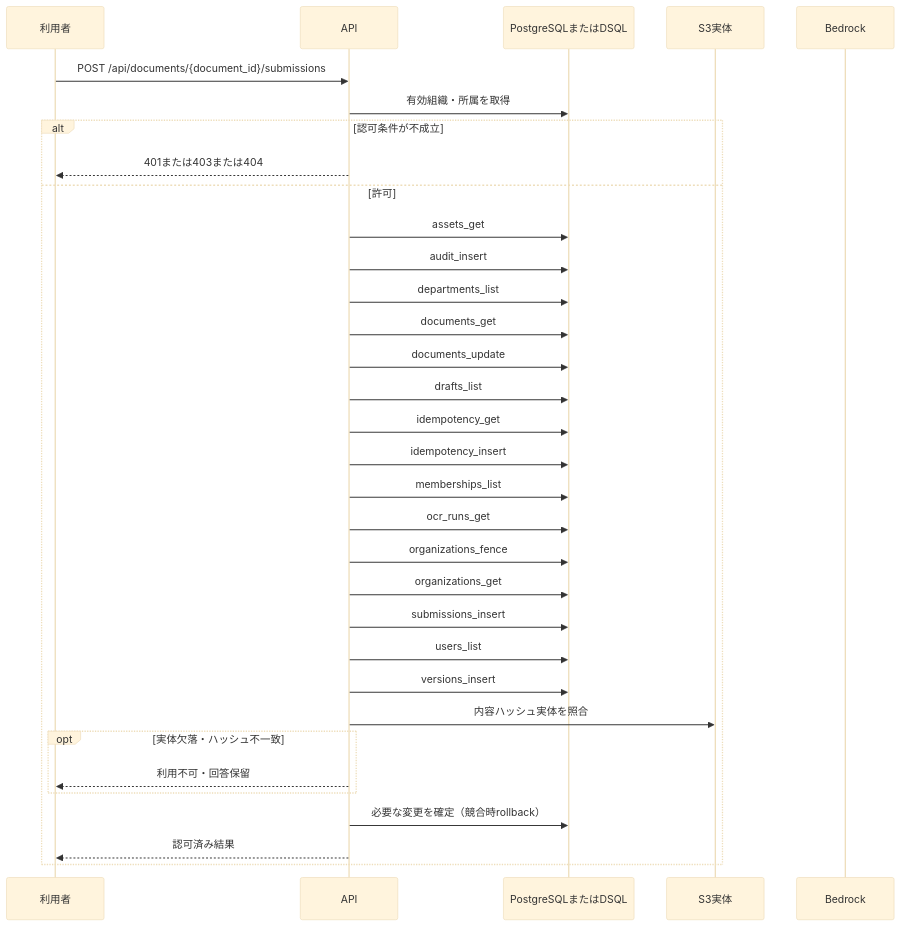
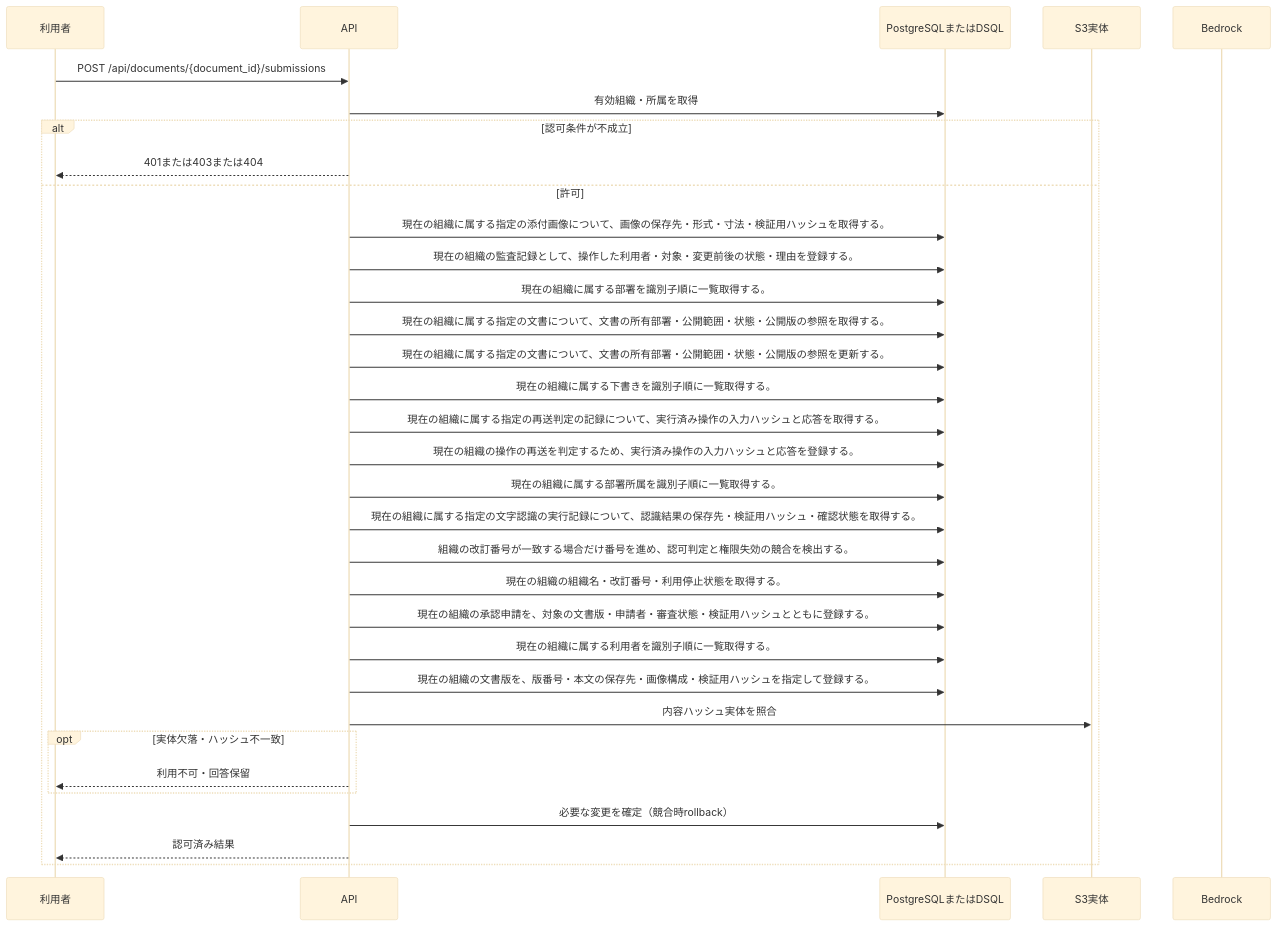
One commit to tsuji-tomonori/KotoRelay changed the diagram in docs/design/generated/api/documents/submit_version/sequence.md. Above: the diagram before and after it, drawn with Mermaid (base theme). The commit also changed other lines of this file and 286 other files, not shown here.

````diff
--- a/docs/design/generated/api/documents/submit_version/sequence.md
+++ b/docs/design/generated/api/documents/submit_version/sequence.md
@@ -7,35 +7,35 @@
 ```mermaid
 sequenceDiagram
     participant U as 利用者
     participant A as API
     participant D as PostgreSQLまたはDSQL
     participant S as S3実体
     participant M as Bedrock
     U->>A: POST /api/documents/{document_id}/submissions
     A->>D: 有効組織・所属を取得
     alt 認可条件が不成立
         A-->>U: 401または403または404
     else 許可
-        A->>D: assets_get
-        A->>D: audit_insert
-        A->>D: departments_list
-        A->>D: documents_get
-        A->>D: documents_update
-        A->>D: drafts_list
-        A->>D: idempotency_get
-        A->>D: idempotency_insert
-        A->>D: memberships_list
-        A->>D: ocr_runs_get
-        A->>D: organizations_fence
-        A->>D: organizations_get
-        A->>D: submissions_insert
-        A->>D: users_list
-        A->>D: versions_insert
+        A->>D: 現在の組織に属する指定の添付画像について、画像の保存先・形式・寸法・検証用ハッシュを取得する。
+        A->>D: 現在の組織の監査記録として、操作した利用者・対象・変更前後の状態・理由を登録する。
+        A->>D: 現在の組織に属する部署を識別子順に一覧取得する。
+        A->>D: 現在の組織に属する指定の文書について、文書の所有部署・公開範囲・状態・公開版の参照を取得する。
+        A->>D: 現在の組織に属する指定の文書について、文書の所有部署・公開範囲・状態・公開版の参照を更新する。
+        A->>D: 現在の組織に属する下書きを識別子順に一覧取得する。
+        A->>D: 現在の組織に属する指定の再送判定の記録について、実行済み操作の入力ハッシュと応答を取得する。
+        A->>D: 現在の組織の操作の再送を判定するため、実行済み操作の入力ハッシュと応答を登録する。
+        A->>D: 現在の組織に属する部署所属を識別子順に一覧取得する。
+        A->>D: 現在の組織に属する指定の文字認識の実行記録について、認識結果の保存先・検証用ハッシュ・確認状態を取得する。
+        A->>D: 組織の改訂番号が一致する場合だけ番号を進め、認可判定と権限失効の競合を検出する。
+        A->>D: 現在の組織の組織名・改訂番号・利用停止状態を取得する。
+        A->>D: 現在の組織の承認申請を、対象の文書版・申請者・審査状態・検証用ハッシュとともに登録する。
+        A->>D: 現在の組織に属する利用者を識別子順に一覧取得する。
+        A->>D: 現在の組織の文書版を、版番号・本文の保存先・画像構成・検証用ハッシュを指定して登録する。
         A->>S: 内容ハッシュ実体を照合
         opt 実体欠落・ハッシュ不一致
             A-->>U: 利用不可・回答保留
         end
         A->>D: 必要な変更を確定（競合時rollback）
         A-->>U: 認可済み結果
     end
 ```
````
